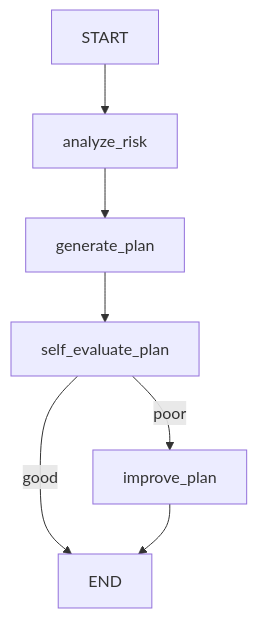
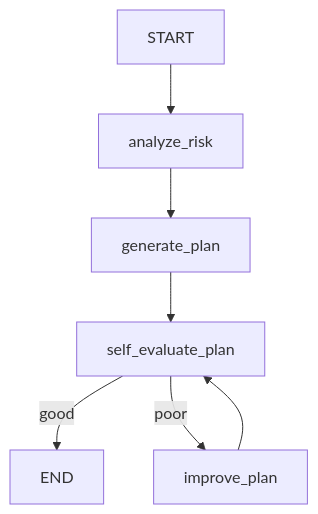
The diagram in submissions/sushree_subhangini_mohanty/README.md (rajneeshk94/coded-agents-challenge), drawn with Mermaid before and after one commit. The commit also changed other lines of this file and 1 other file, not shown here.

Commit message:
Improved README with architecture explanation

````diff
--- a/submissions/sushree_subhangini_mohanty/README.md
+++ b/submissions/sushree_subhangini_mohanty/README.md
@@ -76,9 +76,9 @@
 ```mermaid
 flowchart TB
     START --> analyze_risk
     analyze_risk --> generate_plan
     generate_plan --> self_evaluate_plan
     self_evaluate_plan -->|good| END
     self_evaluate_plan -->|poor| improve_plan
-    improve_plan --> END
+    improve_plan --> self_evaluate_plan
 ```
````
